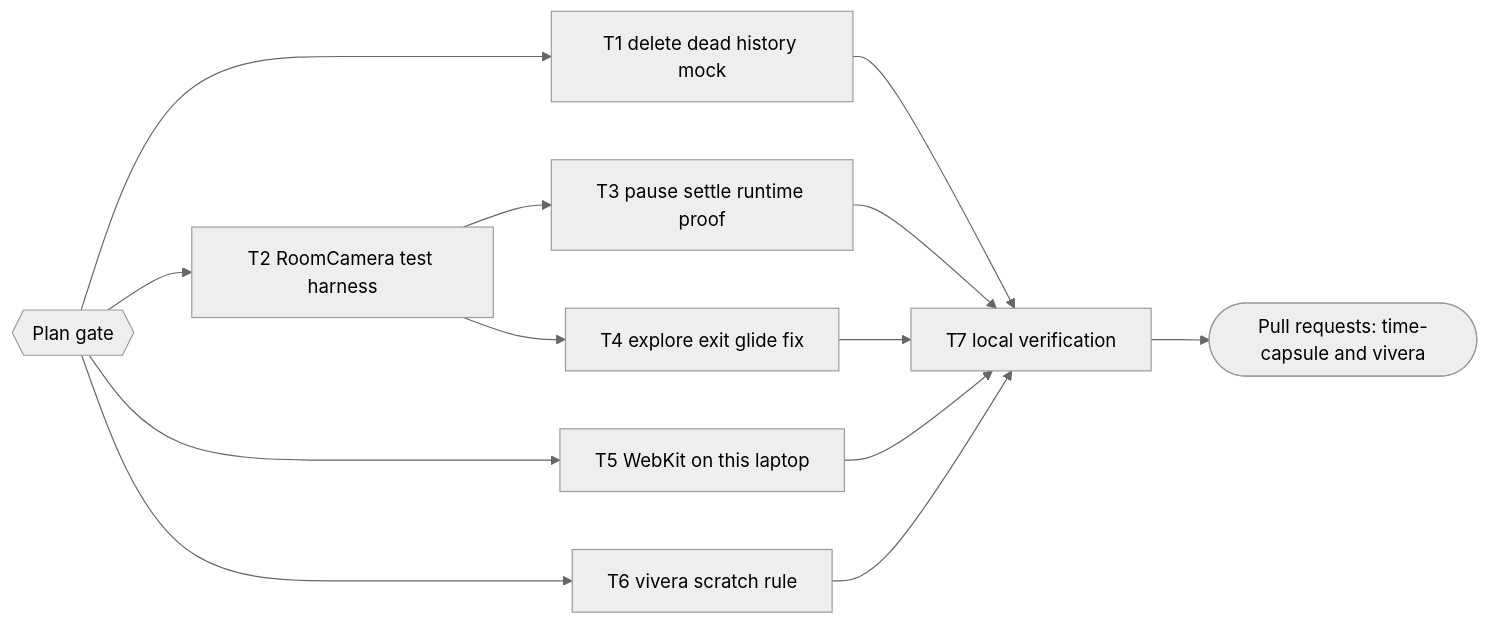
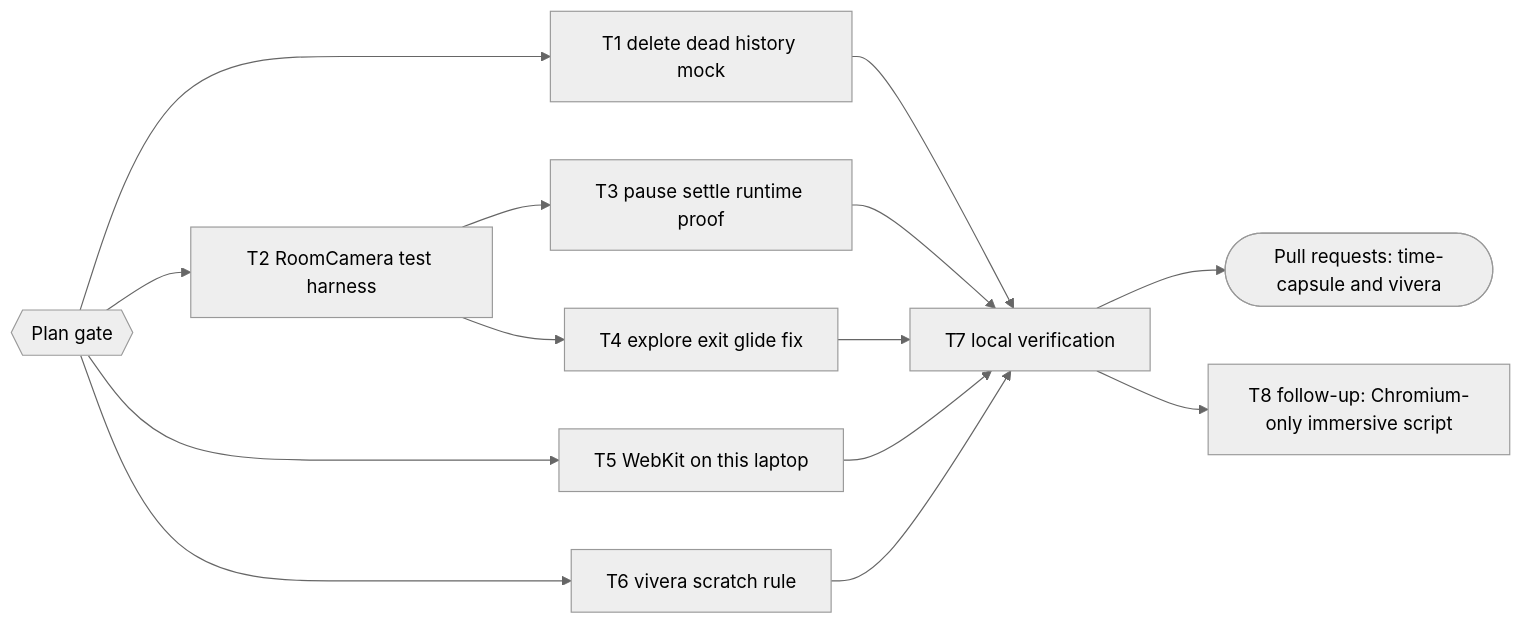
One commit to belajarcarabelajar/time-capsule changed the diagram in docs/code-plan/plans/2026-10-21-auto-tour-backlog.md. Above: the diagram before and after it, drawn with Mermaid (neutral theme). The commit also changed other lines of this file and 2 other files, not shown here.

Commit message:
docs: record the debt-sweep follow-up, the closeout status, and the bun filter rule

````diff
--- a/docs/code-plan/plans/2026-10-21-auto-tour-backlog.md
+++ b/docs/code-plan/plans/2026-10-21-auto-tour-backlog.md
@@ -150,17 +162,18 @@
 ```mermaid
 flowchart LR
     accTitle: Auto-tour backlog plan
     accDescr: The RoomCamera harness unblocks the pause settle proof and the explore exit glide fix; the dead mock, the WebKit probe, and the vivera rule run independently; local verification closes the plan before the pull requests.
     G0{{"Plan gate"}} --> T1["T1 delete dead history mock"]
     G0 --> T2["T2 RoomCamera test harness"]
     T2 --> T3["T3 pause settle runtime proof"]
     T2 --> T4["T4 explore exit glide fix"]
     G0 --> T5["T5 WebKit on this laptop"]
     G0 --> T6["T6 vivera scratch rule"]
     T1 --> T7["T7 local verification"]
     T3 --> T7
     T4 --> T7
     T5 --> T7
     T6 --> T7
     T7 --> PR(["Pull requests: time-capsule and vivera"])
+    T7 --> T8["T8 follow-up: Chromium-only immersive script"]
 ```
````
